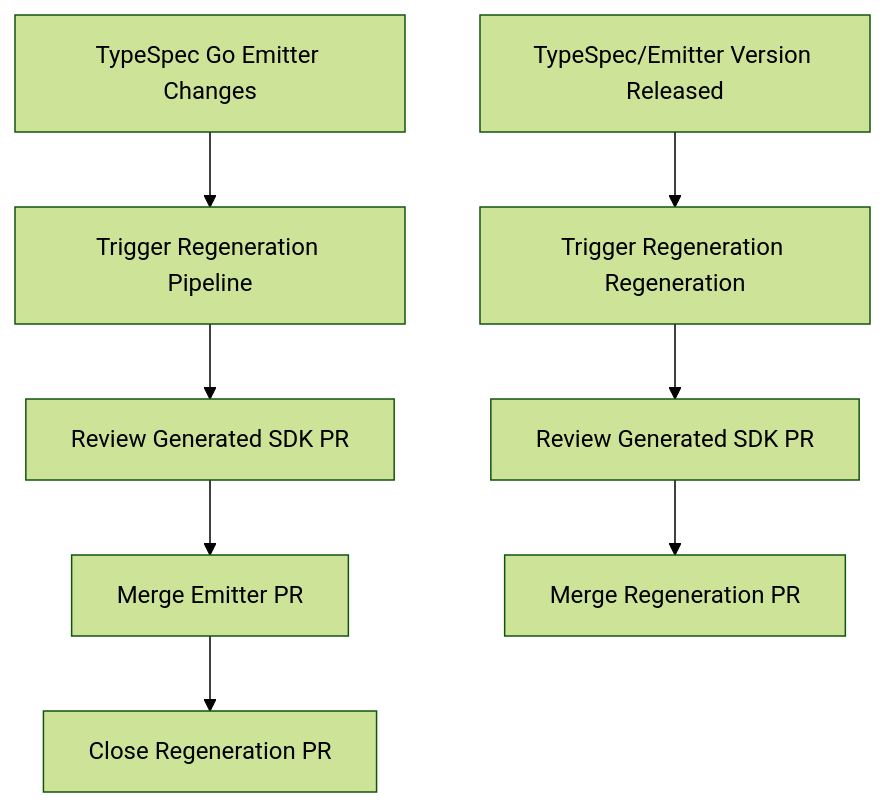
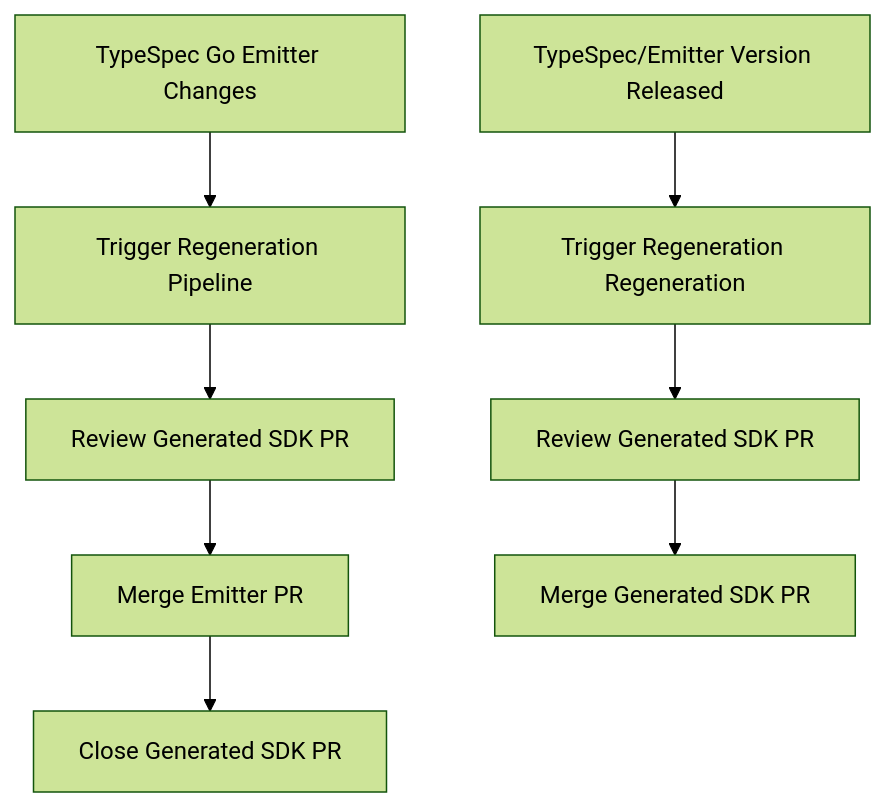
Before and after one commit to Azure/autorest.go: the diagram in docs/sdk-regeneration-pipeline.md, drawn with Mermaid (forest theme). The commit also changed other lines of this file, not shown here.

Commit message:
update workflow

````diff
--- a/docs/sdk-regeneration-pipeline.md
+++ b/docs/sdk-regeneration-pipeline.md
@@ -102,11 +102,11 @@
 ```mermaid
 graph TB
     A[TypeSpec Go Emitter Changes] --> B[Trigger Regeneration Pipeline]
     B --> C[Review Generated SDK PR]
     C --> D[Merge Emitter PR]
-    D --> E[Close Regeneration PR]
+    D --> E[Close Generated SDK PR]
     
     K[TypeSpec/Emitter Version Released] --> L[Trigger Regeneration Regeneration]
     L --> M[Review Generated SDK PR]
-    M --> N[Merge Regeneration PR]
+    M --> N[Merge Generated SDK PR]
 ```
````
